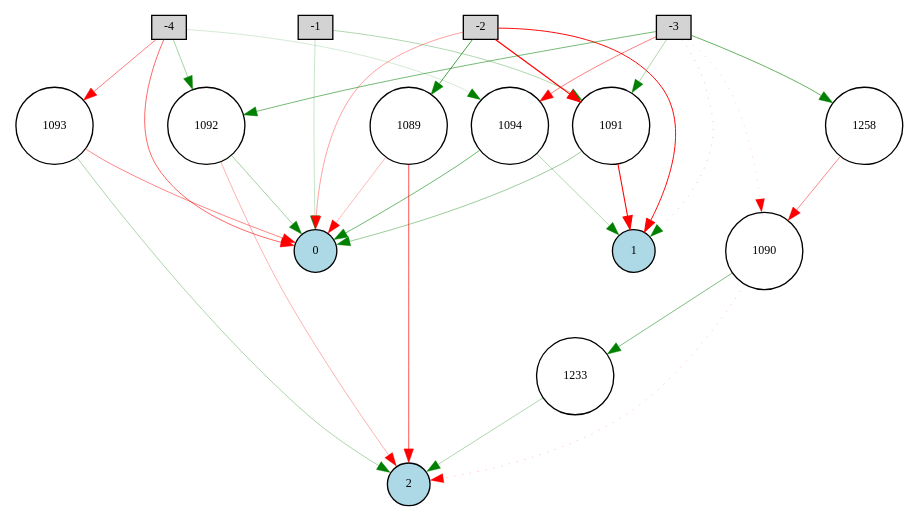
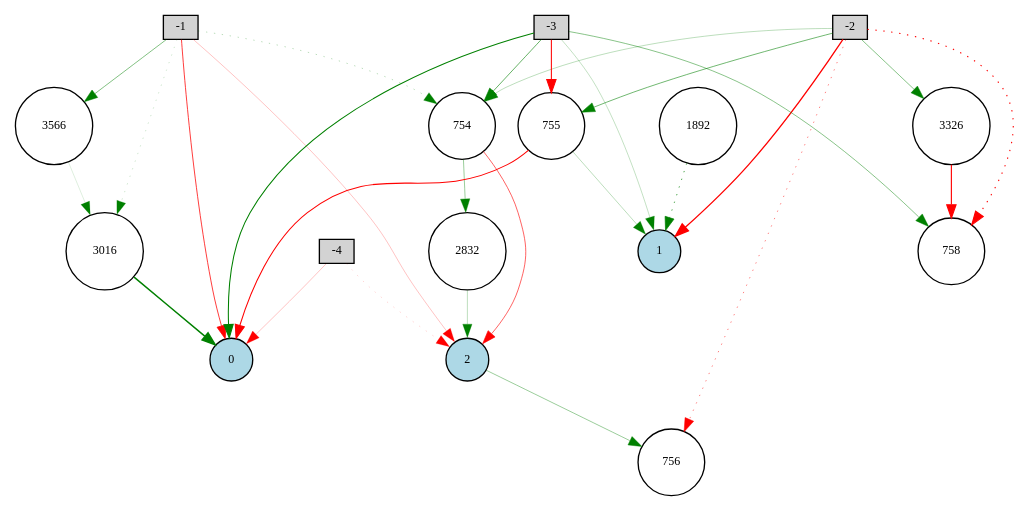
Before and after one commit to SparshaSaha/Self-Playing-AI-Bot-using-Evolutionary-Algorithms: the diagram in TheGameAndTheGeneticAI/Digraph.gv, drawn with Graphviz. The commit also changed 5 other files, not shown here.

```diff
--- a/TheGameAndTheGeneticAI/Digraph.gv
+++ b/TheGameAndTheGeneticAI/Digraph.gv
@@ -1,48 +1,47 @@
 digraph {
 	node [fontsize=9 height=0.2 shape=circle width=0.2]
 	-1 [fillcolor=lightgray shape=box style=filled]
 	-2 [fillcolor=lightgray shape=box style=filled]
 	-3 [fillcolor=lightgray shape=box style=filled]
 	-4 [fillcolor=lightgray shape=box style=filled]
 	0 [fillcolor=lightblue style=filled]
 	1 [fillcolor=lightblue style=filled]
 	2 [fillcolor=lightblue style=filled]
-	1091 [fillcolor=white style=filled]
-	1092 [fillcolor=white style=filled]
-	1093 [fillcolor=white style=filled]
-	1094 [fillcolor=white style=filled]
-	1089 [fillcolor=white style=filled]
-	1090 [fillcolor=white style=filled]
-	1258 [fillcolor=white style=filled]
-	1233 [fillcolor=white style=filled]
-	-4 -> 1093 [color=red penwidth=0.38850267465441113 style=solid]
-	-3 -> 1094 [color=red penwidth=0.37553364396117517 style=solid]
-	-1 -> 0 [color=green penwidth=0.17033852694815738 style=solid]
-	1091 -> 0 [color=green penwidth=0.29831010952379766 style=solid]
-	1092 -> 0 [color=green penwidth=0.2767828440422103 style=solid]
-	-3 -> 1091 [color=green penwidth=0.2430958863321517 style=solid]
-	1094 -> 0 [color=green penwidth=0.4337837696799486 style=solid]
-	-3 -> 1 [color=green penwidth=0.16201688372161693 style=dotted]
-	-4 -> 0 [color=red penwidth=0.4519771459352997 style=solid]
-	1092 -> 2 [color=red penwidth=0.229134617454826 style=solid]
-	1089 -> 0 [color=red penwidth=0.21047512266206408 style=solid]
-	-4 -> 1094 [color=green penwidth=0.1311558184755344 style=solid]
-	1090 -> 1233 [color=green penwidth=0.38461926948431624 style=solid]
-	-2 -> 0 [color=red penwidth=0.28193790598304264 style=solid]
-	1089 -> 2 [color=red penwidth=0.49507910826020096 style=solid]
-	-2 -> 1 [color=red penwidth=0.7213542817958102 style=solid]
-	-4 -> 1092 [color=green penwidth=0.27115952991235426 style=solid]
-	-2 -> 1091 [color=red penwidth=0.8695370355661053 style=solid]
-	1094 -> 1 [color=green penwidth=0.2394873679491318 style=solid]
-	1091 -> 1 [color=red penwidth=0.7964848668593955 style=solid]
-	-3 -> 1258 [color=green penwidth=0.46260036949150507 style=solid]
-	1233 -> 2 [color=green penwidth=0.23827224508389439 style=solid]
-	-1 -> 1091 [color=green penwidth=0.23878791063004998 style=solid]
-	-2 -> 1089 [color=green penwidth=0.5532469661188092 style=solid]
-	-3 -> 1090 [color=red penwidth=0.119125230876893 style=dotted]
-	1093 -> 0 [color=red penwidth=0.35950994653725044 style=solid]
-	1090 -> 2 [color=red penwidth=0.15638918625334322 style=dotted]
-	-3 -> 1092 [color=green penwidth=0.41115160692394215 style=solid]
-	1258 -> 1090 [color=red penwidth=0.3512277376362358 style=solid]
-	1093 -> 2 [color=green penwidth=0.2511903068448878 style=solid]
+	1892 [fillcolor=white style=filled]
+	3016 [fillcolor=white style=filled]
+	3566 [fillcolor=white style=filled]
+	2832 [fillcolor=white style=filled]
+	754 [fillcolor=white style=filled]
+	755 [fillcolor=white style=filled]
+	756 [fillcolor=white style=filled]
+	758 [fillcolor=white style=filled]
+	3326 [fillcolor=white style=filled]
+	-1 -> 2 [color=red penwidth=0.17576524212940015 style=solid]
+	-1 -> 0 [color=red penwidth=0.5674551528799919 style=solid]
+	-3 -> 755 [color=red penwidth=0.7760694188989102 style=solid]
+	754 -> 2832 [color=green penwidth=0.3047108787620001 style=solid]
+	-2 -> 756 [color=red penwidth=0.3777241407421852 style=dotted]
+	3016 -> 0 [color=green penwidth=1.1062483106433272 style=solid]
+	2832 -> 2 [color=green penwidth=0.2036956472059 style=solid]
+	-2 -> 758 [color=red penwidth=0.8264680467430359 style=dotted]
+	-4 -> 2 [color=red penwidth=0.14144598689327215 style=dotted]
+	-2 -> 755 [color=green penwidth=0.4164764633547391 style=solid]
+	-4 -> 0 [color=red penwidth=0.18348875612628757 style=solid]
+	-1 -> 754 [color=green penwidth=0.21208458116429177 style=dotted]
+	1892 -> 1 [color=green penwidth=0.529881305436894 style=dotted]
+	3566 -> 3016 [color=green penwidth=0.10398482632487571 style=solid]
+	755 -> 1 [color=green penwidth=0.2001578539440553 style=solid]
+	-2 -> 1 [color=red penwidth=0.9661644327946511 style=solid]
+	-2 -> 754 [color=green penwidth=0.1951516989649127 style=solid]
+	-3 -> 754 [color=green penwidth=0.44858517405745557 style=solid]
+	3326 -> 758 [color=red penwidth=0.8519272147413522 style=solid]
+	754 -> 2 [color=red penwidth=0.4630296195010809 style=solid]
+	-1 -> 3566 [color=green penwidth=0.36634906389268385 style=solid]
+	-1 -> 3016 [color=green penwidth=0.1460123727456965 style=dotted]
+	-3 -> 0 [color=green penwidth=0.7752629738857998 style=solid]
+	-3 -> 758 [color=green penwidth=0.35211227423641434 style=solid]
+	-3 -> 1 [color=green penwidth=0.1842760290845441 style=solid]
+	-2 -> 3326 [color=green penwidth=0.35577727928439884 style=solid]
+	755 -> 0 [color=red penwidth=0.8014478608035983 style=solid]
+	2 -> 756 [color=green penwidth=0.30446705526849904 style=solid]
 }
```
